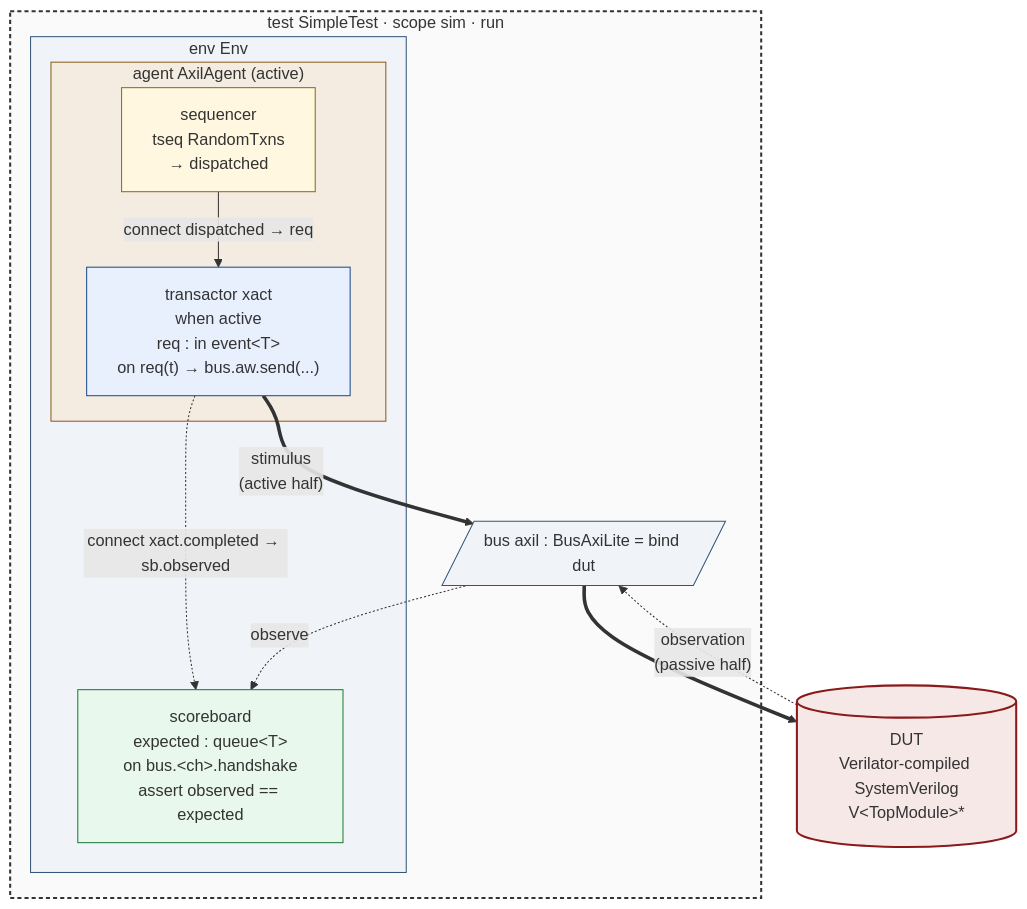
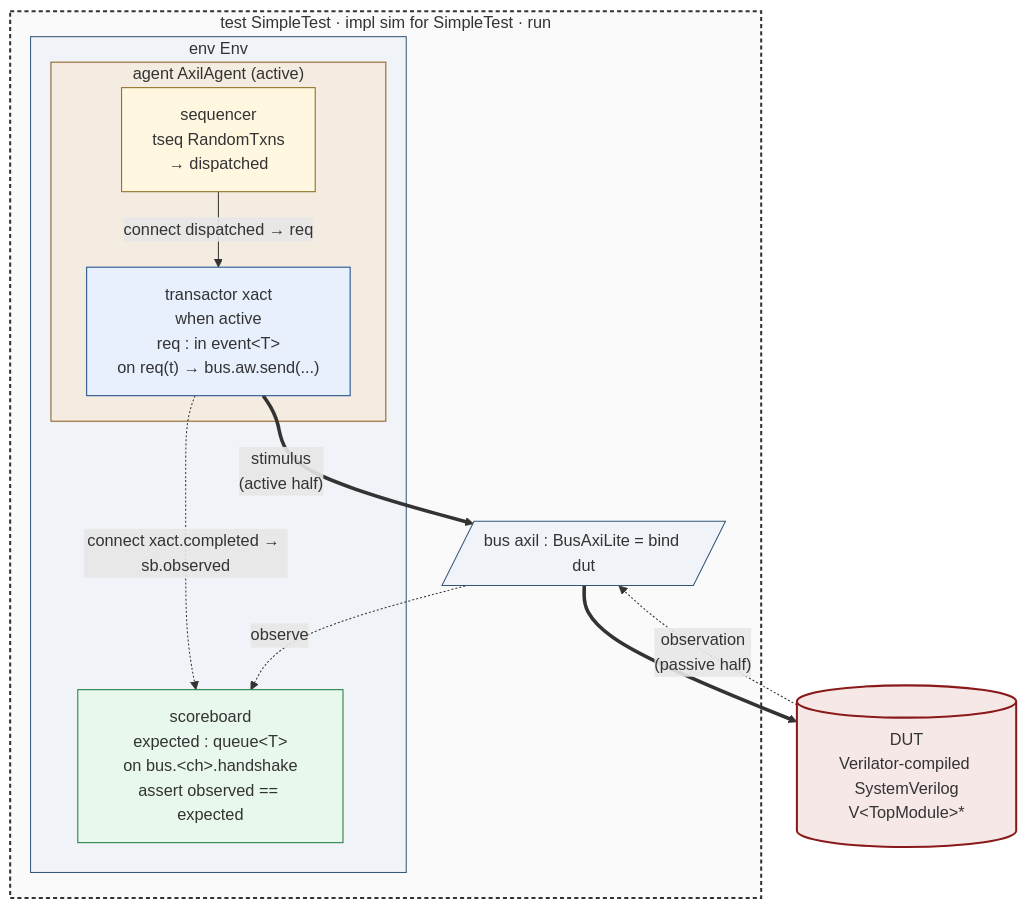
One commit to arch-hdl-lang/harc-com changed the first of 2 diagrams in spec.md. Above: the diagram before and after it, drawn with Mermaid.

Commit message:
docs(spec): update §8 testbench-architecture diagram label for impl-for
PR #50 retired `scope sim` as a language construct in favor of
top-level `impl <target> for <Test>` items (spec §7.2). The §8
testbench-architecture mermaid diagram landed in PR #49 still had
the old `test SimpleTest · scope sim · run` outer subgraph label —
the test-struct + sim-impl pair now reads `test SimpleTest · impl
sim for SimpleTest · run` to match what the spec body says elsewhere.
One-line label-only change; no structural edits.

````diff
--- a/spec.md
+++ b/spec.md
@@ -1036,39 +1036,39 @@
 ```mermaid
 flowchart TB
-    subgraph Test["test SimpleTest · scope sim · run"]
+    subgraph Test["test SimpleTest · impl sim for SimpleTest · run"]
         subgraph Env["env Env"]
             subgraph Agent["agent AxilAgent (active)"]
                 Seq["sequencer<br/>tseq RandomTxns<br/>→ dispatched"]
                 Xact["transactor xact<br/>when active<br/>req : in event&lt;T&gt;<br/>on req(t) → bus.aw.send(...)"]
                 Seq -- "connect dispatched → req" --> Xact
             end
             SB["scoreboard<br/>expected : queue&lt;T&gt;<br/>on bus.&lt;ch&gt;.handshake<br/>assert observed == expected"]
             Xact -. "connect xact.completed → sb.observed" .-> SB
         end
         Bus[/"bus axil : BusAxiLite = bind dut"/]
     end
     DUT[("DUT<br/>Verilator-compiled SystemVerilog<br/>V&lt;TopModule&gt;*")]
 
     Xact ==> |"stimulus<br/>(active half)"| Bus
     Bus ==> DUT
     DUT -. "observation<br/>(passive half)" .-> Bus
     Bus -. observe .-> SB
 
     classDef testStyle fill:#fafafa,stroke:#333,stroke-width:2px,stroke-dasharray:4 3;
     classDef envStyle fill:#f0f4f8,stroke:#335577;
     classDef agentStyle fill:#f4ece0,stroke:#8a5a1a;
     classDef seqStyle fill:#fff7e0,stroke:#8a6a1a;
     classDef xactStyle fill:#e8f0fe,stroke:#1a4a8a;
     classDef sbStyle fill:#e8f8ec,stroke:#1a7a3a;
     classDef dutStyle fill:#f7e8e8,stroke:#8a1a1a,stroke-width:2px;
     classDef busStyle fill:#f0f4f8,stroke:#335577;
 
     class Test testStyle;
     class Env envStyle;
     class Agent agentStyle;
     class Seq seqStyle;
     class Xact xactStyle;
     class SB sbStyle;
     class DUT dutStyle;
     class Bus busStyle;
 ```
````
